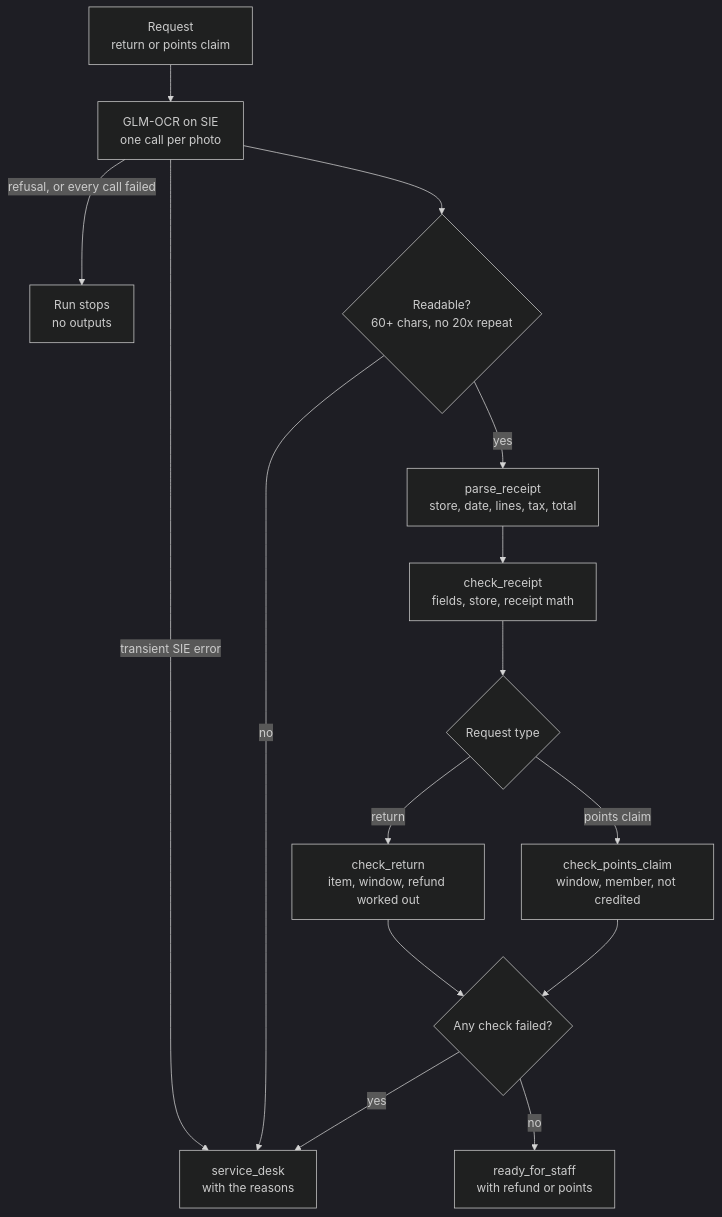
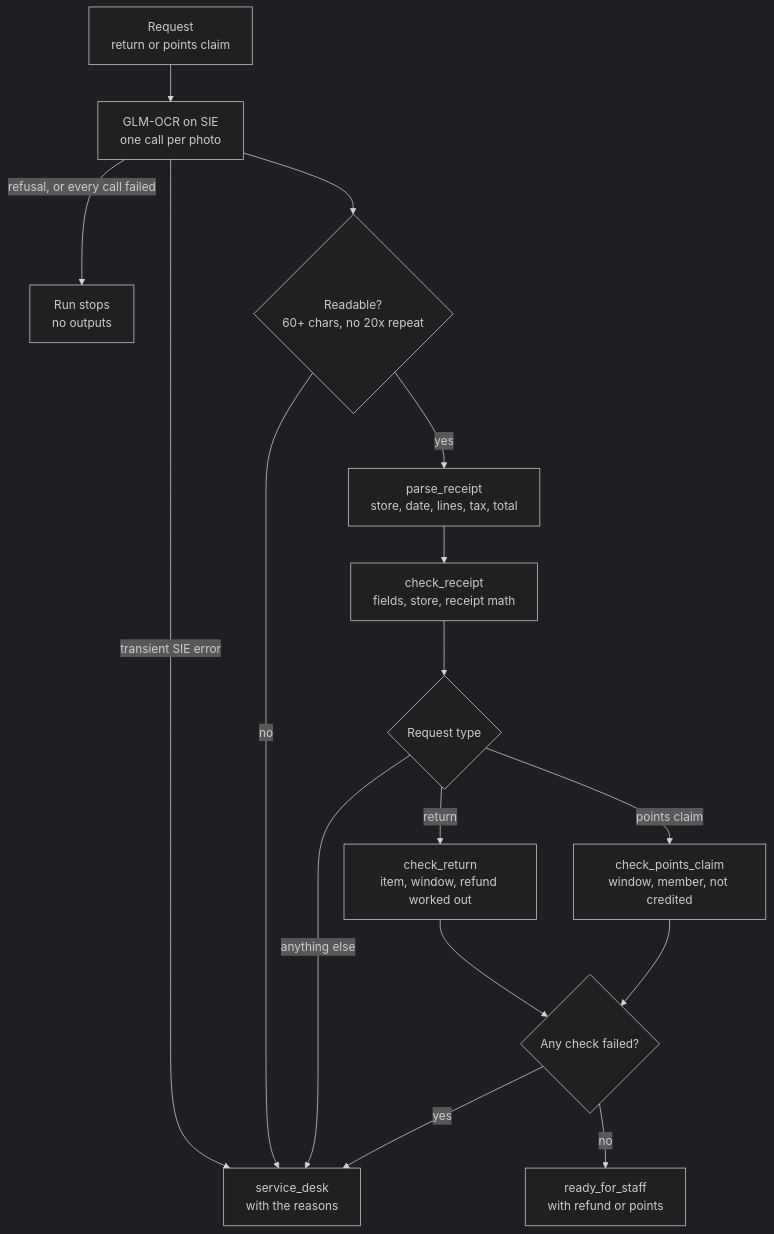
One commit to superlinked/cookbook changed the diagram in retail/receipt_returns/README.md. Above: the diagram before and after it, drawn with Mermaid (dark theme). The commit also changed other lines of this file and 3 other files, not shown here.

````diff
--- a/retail/receipt_returns/README.md
+++ b/retail/receipt_returns/README.md
@@ -77,17 +79,18 @@
 ```mermaid
 flowchart TD
     R[Request<br/>return or points claim] --> O[GLM-OCR on SIE<br/>one call per photo]
     O -- transient SIE error --> D
     O -- refusal, or every call failed --> X[Run stops<br/>no outputs]
     O --> U{Readable?<br/>60+ chars, no 20x repeat}
     U -- no --> D
     U -- yes --> P[parse_receipt<br/>store, date, lines, tax, total]
     P --> M[check_receipt<br/>fields, store, receipt math]
     M --> T{Request type}
     T -- return --> CR[check_return<br/>item, window, refund worked out]
     T -- points claim --> CP[check_points_claim<br/>window, member, not credited]
+    T -- anything else --> D
     CR --> S{Any check failed?}
     CP --> S
     S -- yes --> D[service_desk<br/>with the reasons]
     S -- no --> OK[ready_for_staff<br/>with refund or points]
 ```
````
